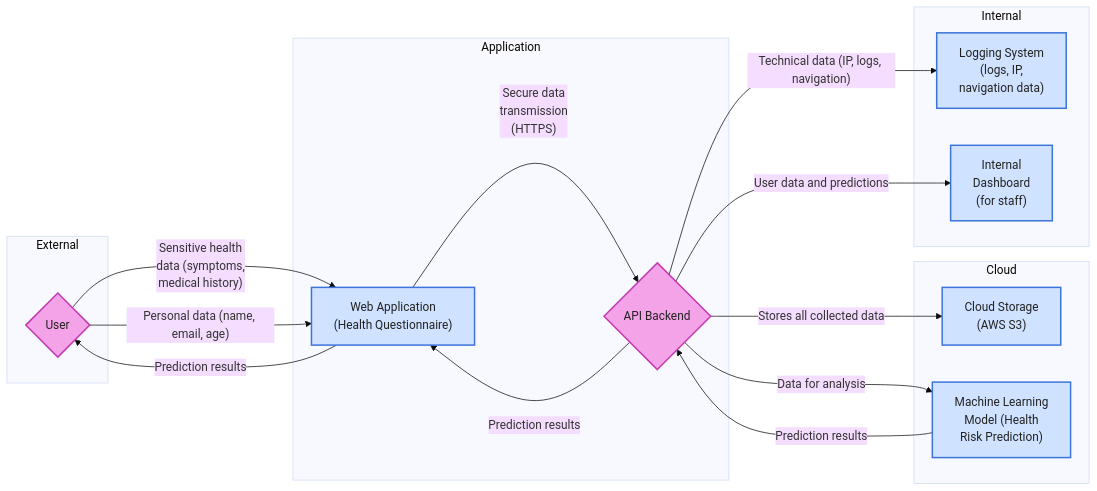
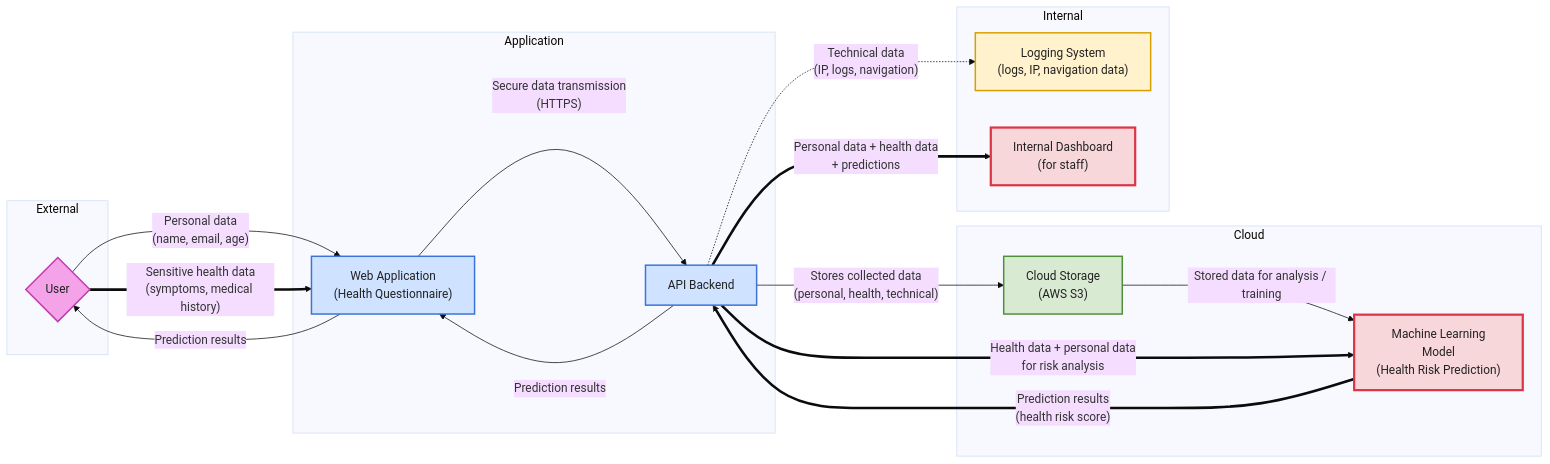
Before and after one commit to yassine-enn/HealthPredict-AI: the diagram in README.md, drawn with Mermaid (base theme).

Commit message:
update diagram

````diff
--- a/README.md
+++ b/README.md
@@ -3,40 +3,51 @@
 ```mermaid
 flowchart LR
     subgraph EXT["External"]
         U{User}
     end
 
     subgraph APP["Application"]
         WA["Web Application<br/>(Health Questionnaire)"]
-        API{"API Backend"}
+        API["API Backend"]
     end
 
     subgraph CLOUD["Cloud"]
         S3["Cloud Storage<br/>(AWS S3)"]
-        ML["Machine Learning<br/>Model (Health<br/>Risk Prediction)"]
+        ML["Machine Learning<br/>Model<br/>(Health Risk Prediction)"]
     end
 
     subgraph INT["Internal"]
-        LOG["Logging System<br/>(logs, IP,<br/>navigation data)"]
-        DASH["Internal<br/>Dashboard<br/>(for staff)"]
+        LOG["Logging System<br/>(logs, IP, navigation data)"]
+        DASH["Internal Dashboard<br/>(for staff)"]
     end
 
-    U -->|"Sensitive health<br/>data (symptoms,<br/>medical history)"| WA
-    U -->|"Personal data (name, email, age)"| WA
-    WA -->|"Secure data<br/>transmission<br/>(HTTPS)"| API
+    U -->|"Personal data<br/>(name, email, age)"| WA
+    U ==>|"Sensitive health data<br/>(symptoms, medical history)"| WA
+
+    WA -->|"Secure data transmission<br/>(HTTPS)"| API
+
+    API -->|"Stores collected data<br/>(personal, health, technical)"| S3
+    S3 -->|"Stored data for analysis / training"| ML
+
+    API ==>|"Health data + personal data<br/>for risk analysis"| ML
+    ML ==>|"Prediction results<br/>(health risk score)"| API
+
     API -->|"Prediction results"| WA
     WA -->|"Prediction results"| U
 
-    API -->|"Data for analysis"| ML
-    ML -->|"Prediction results"| API
-    API -->|"Stores all collected data"| S3
+    API -.->|"Technical data<br/>(IP, logs, navigation)"| LOG
 
-    API -->|"Technical data (IP, logs, navigation)"| LOG
-    API -->|"User data and predictions"| DASH
+    API ==>|"Personal data + health data<br/>+ predictions"| DASH
 
-    classDef process fill:#cfe2ff,stroke:#3b73d9,stroke-width:2px,color:#222;
-    classDef actor fill:#f4a3e8,stroke:#c13bb0,stroke-width:2px,color:#222;
+    classDef app fill:#cfe2ff,stroke:#3b73d9,stroke-width:2px,color:#222;
+    classDef external fill:#f4a3e8,stroke:#c13bb0,stroke-width:2px,color:#222;
+    classDef cloud fill:#d9ead3,stroke:#4f8f3a,stroke-width:2px,color:#222;
+    classDef internal fill:#fff2cc,stroke:#d6a100,stroke-width:2px,color:#222;
+    classDef sensitive fill:#f8d7da,stroke:#dc3545,stroke-width:3px,color:#222;
 
-    class WA,S3,ML,LOG,DASH process;
-    class U,API actor;
+    class WA,API app;
+    class U external;
+    class S3,ML cloud;
+    class LOG,DASH internal;
+    class ML,DASH sensitive;
 ```
````
